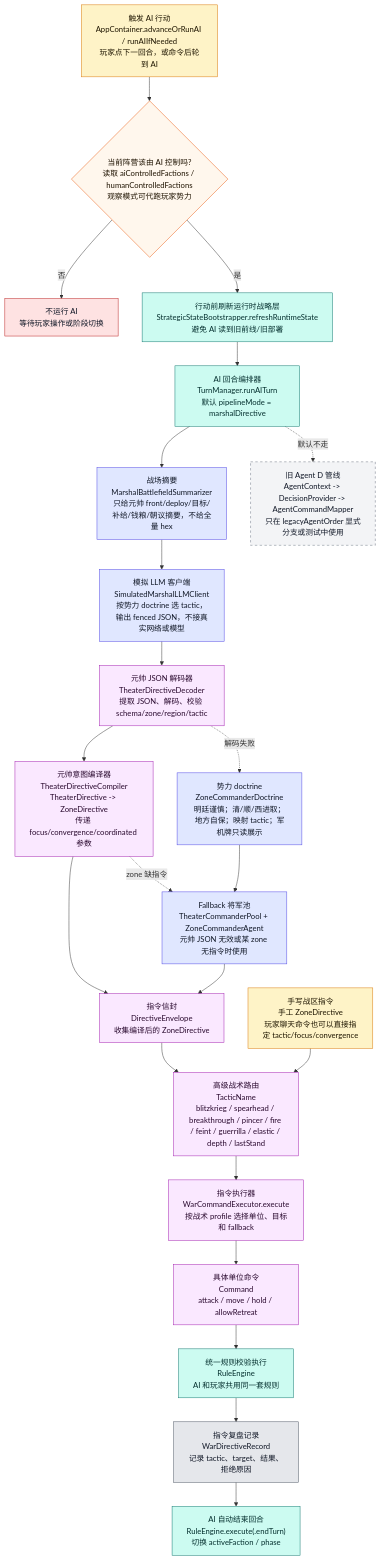
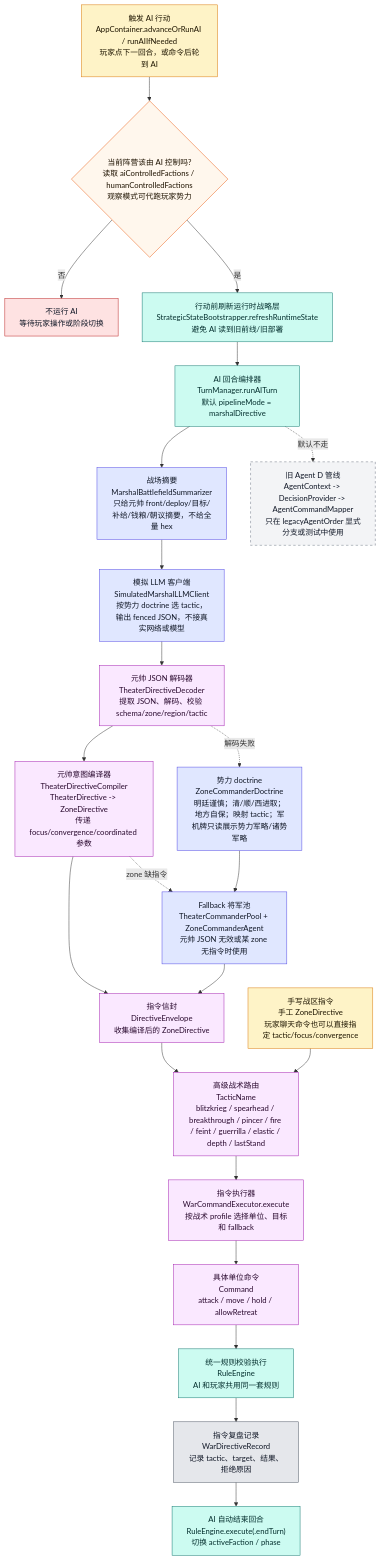
One commit to Altman-sam114/123 changed the fifth of 9 diagrams in md/flow/flowchart.md. Above: the diagram before and after it, drawn with Mermaid. The commit also changed other lines of this file and 7 other files, not shown here.

````diff
--- a/md/flow/flowchart.md
+++ b/md/flow/flowchart.md
@@ -345,44 +345,44 @@
 ```mermaid
 flowchart TD
     START["触发 AI 行动<br/>AppContainer.advanceOrRunAI / runAIIfNeeded<br/>玩家点下一回合，或命令后轮到 AI"]:::input
     CHECK{"当前阵营该由 AI 控制吗?<br/>读取 aiControlledFactions / humanControlledFactions<br/>观察模式可代跑玩家势力"}:::decision
     STOP["不运行 AI<br/>等待玩家操作或阶段切换"]:::stop
     REFRESH["行动前刷新运行时战略层<br/>StrategicStateBootstrapper.refreshRuntimeState<br/>避免 AI 读到旧前线/旧部署"]:::rules
     TM["AI 回合编排器<br/>TurnManager.runAITurn<br/>默认 pipelineMode = marshalDirective"]:::rules
     SUM["战场摘要<br/>MarshalBattlefieldSummarizer<br/>只给元帅 front/deploy/目标/补给/钱粮/朝议摘要，不给全量 hex"]:::ai
     LLM["模拟 LLM 客户端<br/>SimulatedMarshalLLMClient<br/>按势力 doctrine 选 tactic，输出 fenced JSON，不接真实网络或模型"]:::ai
     DEC["元帅 JSON 解码器<br/>TheaterDirectiveDecoder<br/>提取 JSON、解码、校验 schema/zone/region/tactic"]:::command
     COMP["元帅意图编译器<br/>TheaterDirectiveCompiler<br/>TheaterDirective -> ZoneDirective<br/>传递 focus/convergence/coordinated 参数"]:::command
     ENV["指令信封<br/>DirectiveEnvelope<br/>收集编译后的 ZoneDirective"]:::command
     TACTIC["高级战术路由<br/>TacticName<br/>blitzkrieg / spearhead / breakthrough / pincer / fire / feint / guerrilla / elastic / depth / lastStand"]:::command
     WCE["指令执行器<br/>WarCommandExecutor.execute<br/>按战术 profile 选择单位、目标和 fallback"]:::command
     BOTTOM["具体单位命令<br/>Command<br/>attack / move / hold / allowRetreat"]:::command
     RE["统一规则校验执行<br/>RuleEngine<br/>AI 和玩家共用同一套规则"]:::rules
     RECORD["指令复盘记录<br/>WarDirectiveRecord<br/>记录 tactic、target、结果、拒绝原因"]:::ui
     END["AI 自动结束回合<br/>RuleEngine.execute(.endTurn)<br/>切换 activeFaction / phase"]:::rules
 
     START --> CHECK
     CHECK -->|否| STOP
     CHECK -->|是| REFRESH --> TM --> SUM --> LLM --> DEC --> COMP --> ENV
     ENV --> TACTIC --> WCE --> BOTTOM --> RE --> RECORD --> END
 
-    DOCTRINE["势力 doctrine<br/>ZoneCommanderDoctrine<br/>明廷谨慎；清/顺/西进取；地方自保；映射 tactic；军机牌只读展示"]:::ai
+    DOCTRINE["势力 doctrine<br/>ZoneCommanderDoctrine<br/>明廷谨慎；清/顺/西进取；地方自保；映射 tactic；军机牌只读展示势力军略/诸势军略"]:::ai
     FALLBACK["Fallback 将军池<br/>TheaterCommanderPool + ZoneCommanderAgent<br/>元帅 JSON 无效或某 zone 无指令时使用"]:::ai
     DEC -.解码失败.-> DOCTRINE --> FALLBACK --> ENV
     COMP -.zone 缺指令.-> FALLBACK
 
     LEGACY["旧 Agent D 管线<br/>AgentContext -> DecisionProvider -> AgentCommandMapper<br/>只在 legacyAgentOrder 显式分支或测试中使用"]:::legacy
     TM -.默认不走.-> LEGACY
 
     MANUAL["手写战区指令<br/>手工 ZoneDirective<br/>玩家聊天命令也可以直接指定 tactic/focus/convergence"]:::input
     MANUAL --> TACTIC
 
     classDef input fill:#fef3c7,stroke:#d97706,color:#1f1600
     classDef decision fill:#fff7ed,stroke:#ea580c,color:#1f1300
     classDef stop fill:#fee2e2,stroke:#b91c1c,color:#111827
     classDef rules fill:#ccfbf1,stroke:#0f766e,color:#042f2e
     classDef ai fill:#e0e7ff,stroke:#4f46e5,color:#111827
     classDef command fill:#fae8ff,stroke:#a21caf,color:#2a0a2f
     classDef ui fill:#e5e7eb,stroke:#4b5563,color:#111827
     classDef legacy fill:#f3f4f6,stroke:#6b7280,stroke-dasharray:5 5,color:#111827
 ```
````
